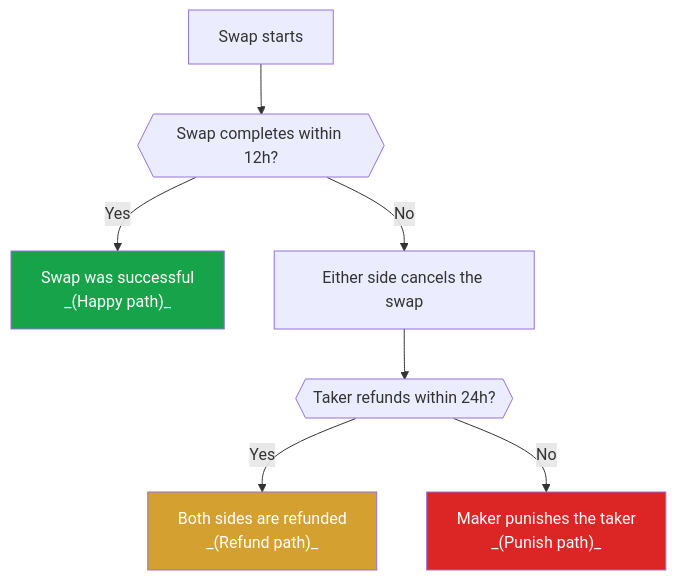
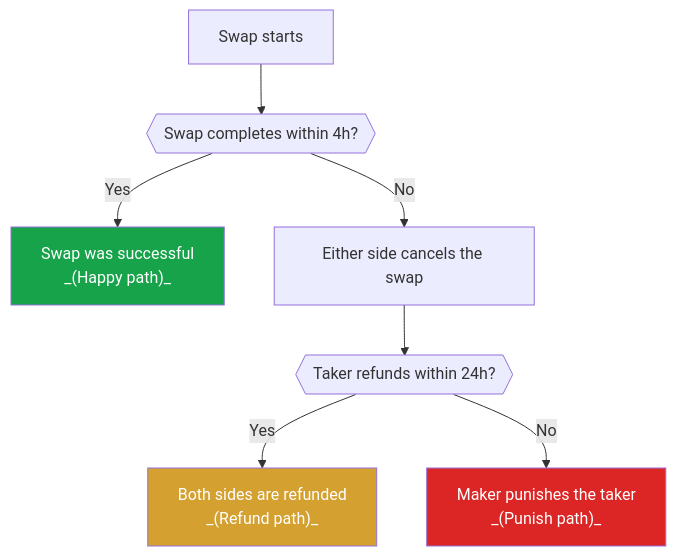
The diagram in docs/content/advanced/refund_punish.mdx (eigenwallet/core), drawn with Mermaid before and after one commit. The commit also changed other lines of this file and 2 other files, not shown here.

````diff
--- a/docs/content/advanced/refund_punish.mdx
+++ b/docs/content/advanced/refund_punish.mdx
@@ -39,17 +39,17 @@
 ```mermaid
 graph TD
-    A["Swap starts"] --> B{{"Swap completes within 12h?"}}
+    A["Swap starts"] --> B{{"Swap completes within 4h?"}}
 
     B -- "Yes" --> F["Swap was successful\n_(Happy path)_"]
 
     B -- "No" --> G["Either side cancels the swap"]
     G --> H{{"Taker refunds within 24h?"}}
 
     H -- "Yes" --> I["Both sides are refunded\n_(Refund path)_"]
 
     H -- "No" --> K["Maker punishes the taker\n_(Punish path)_"]
 
     style F fill:#16a34a,color:#fff
     style I fill:#d4a030,color:#fff
     style K fill:#dc2626,color:#fff
 ```
````
